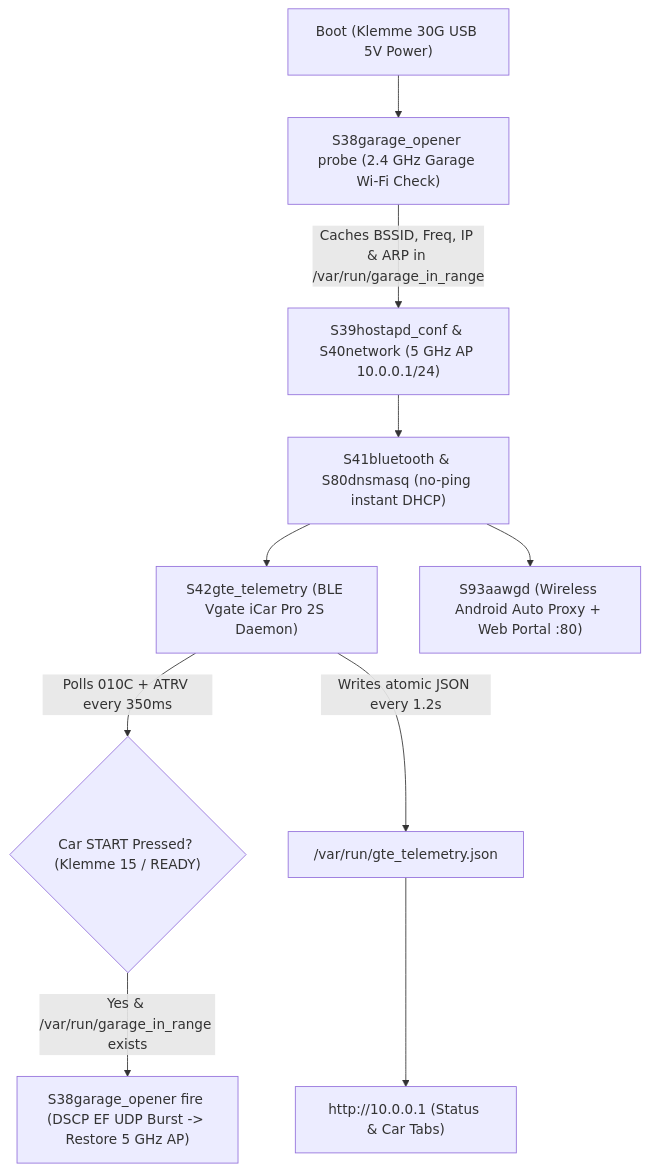
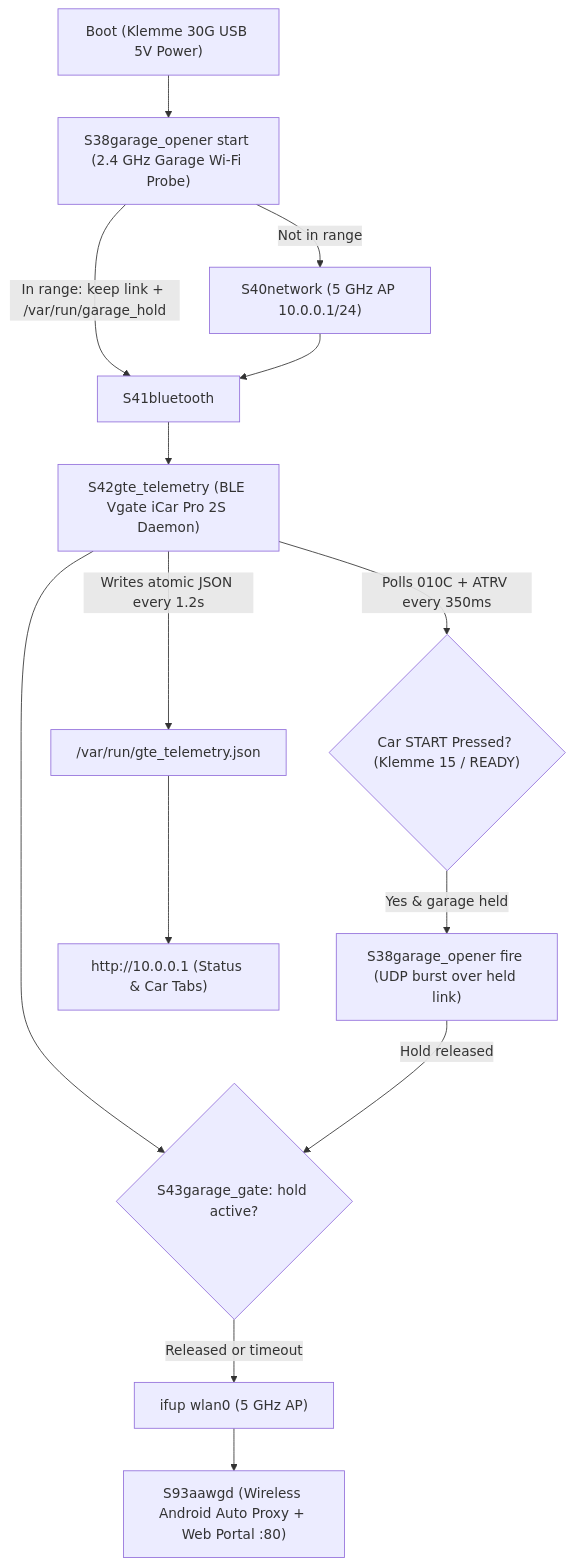
Before and after one commit to futesat/futedongle: the diagram in README.md, drawn with Mermaid. The commit also changed other lines of this file and 8 other files, not shown here.

First line of the commit message:
refactor(garage): remove Android Auto video trigger mode

````diff
--- a/README.md
+++ b/README.md
@@ -41,12 +41,16 @@
 ```mermaid
 flowchart TD
-    Boot["Boot (Klemme 30G USB 5V Power)"] --> S38["S38garage_opener probe (2.4 GHz Garage Wi-Fi Check)"]
-    S38 -->|Caches BSSID, Freq, IP & ARP in /var/run/garage_in_range| S39["S39hostapd_conf & S40network (5 GHz AP 10.0.0.1/24)"]
-    S39 --> S41["S41bluetooth & S80dnsmasq (no-ping instant DHCP)"]
+    Boot["Boot (Klemme 30G USB 5V Power)"] --> S38["S38garage_opener start (2.4 GHz Garage Wi-Fi Probe)"]
+    S38 -->|In range: keep link + /var/run/garage_hold| S41["S41bluetooth"]
+    S38 -->|Not in range| S40["S40network (5 GHz AP 10.0.0.1/24)"]
+    S40 --> S41
     S41 --> S42["S42gte_telemetry (BLE Vgate iCar Pro 2S Daemon)"]
-    S41 --> S93["S93aawgd (Wireless Android Auto Proxy + Web Portal :80)"]
+    S42 --> S43{"S43garage_gate: hold active?"}
     S42 -->|Polls 010C + ATRV every 350ms| StartCheck{"Car START Pressed? (Klemme 15 / READY)"}
-    StartCheck -->|Yes & /var/run/garage_in_range exists| Fire["S38garage_opener fire (DSCP EF UDP Burst -> Restore 5 GHz AP)"]
+    StartCheck -->|Yes & garage held| Fire["S38garage_opener fire (UDP burst over held link)"]
+    Fire -->|Hold released| S43
+    S43 -->|Released or timeout| AP["ifup wlan0 (5 GHz AP)"]
+    AP --> S93["S93aawgd (Wireless Android Auto Proxy + Web Portal :80)"]
     S42 -->|Writes atomic JSON every 1.2s| TelemetryJSON["/var/run/gte_telemetry.json"]
     TelemetryJSON --> WebPortal["http://10.0.0.1 (Status & Car Tabs)"]
 ```
````
